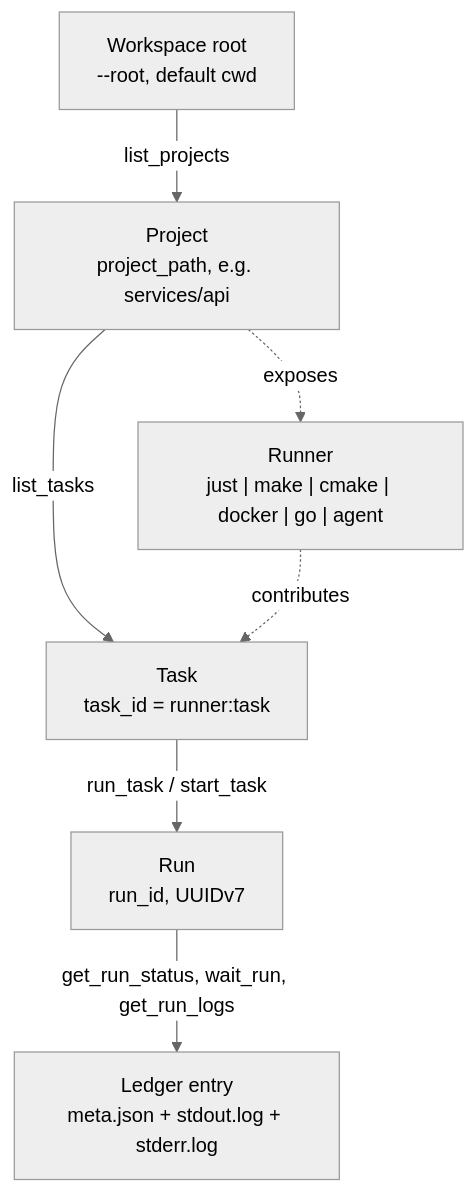
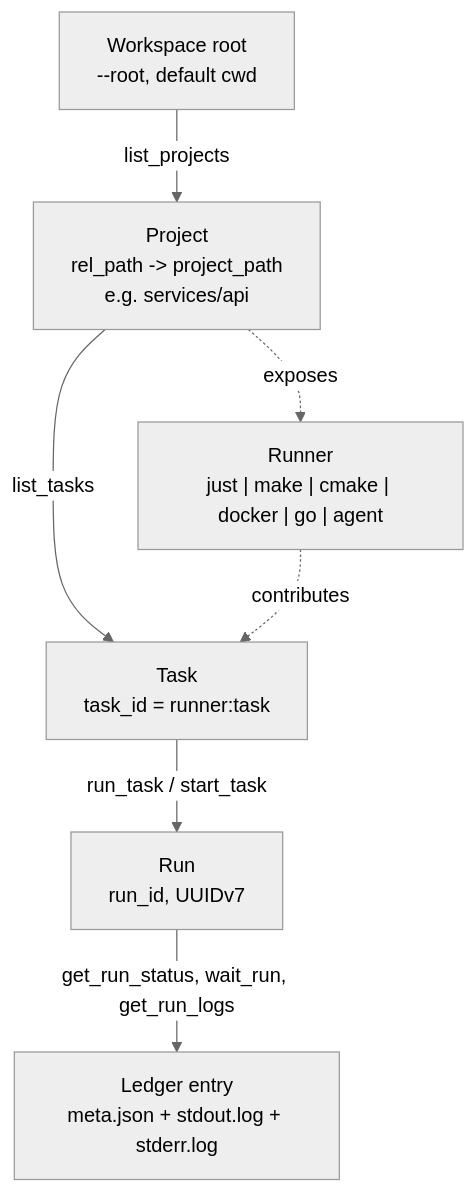
One commit to palchukovsky/just-mcp-work changed the first of 2 diagrams in docs/agent-guide.md. Above: the diagram before and after it, drawn with Mermaid (neutral theme). The commit also changed other lines of this file and 11 other files, not shown here.

````diff
--- a/docs/agent-guide.md
+++ b/docs/agent-guide.md
@@ -46,16 +49,16 @@
 ```mermaid
 flowchart TD
     W["Workspace root<br/>--root, default cwd"]
-    P["Project<br/>project_path, e.g. services/api"]
+    P["Project<br/>rel_path -> project_path<br/>e.g. services/api"]
     R["Runner<br/>just | make | cmake | docker | go | agent"]
     T["Task<br/>task_id = runner:task"]
     N["Run<br/>run_id, UUIDv7"]
     L["Ledger entry<br/>meta.json + stdout.log + stderr.log"]
 
     W -->|list_projects| P
     P -->|list_tasks| T
     R -.->|contributes| T
     P -.->|exposes| R
     T -->|run_task / start_task| N
     N -->|get_run_status, wait_run, get_run_logs| L
 ```
````
